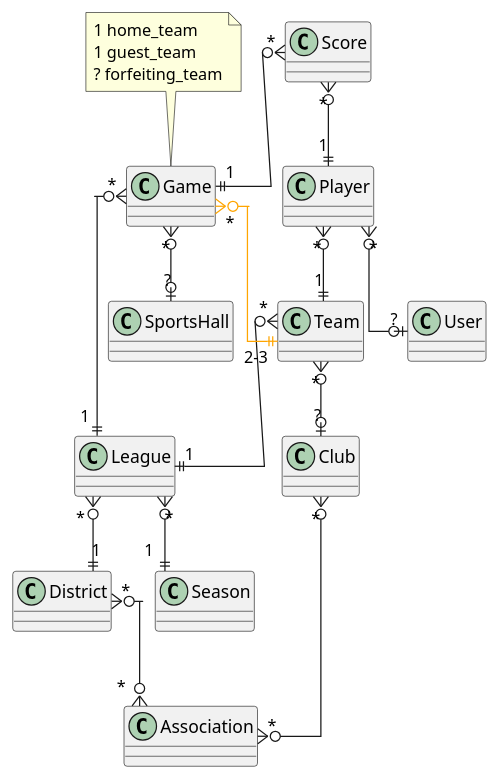
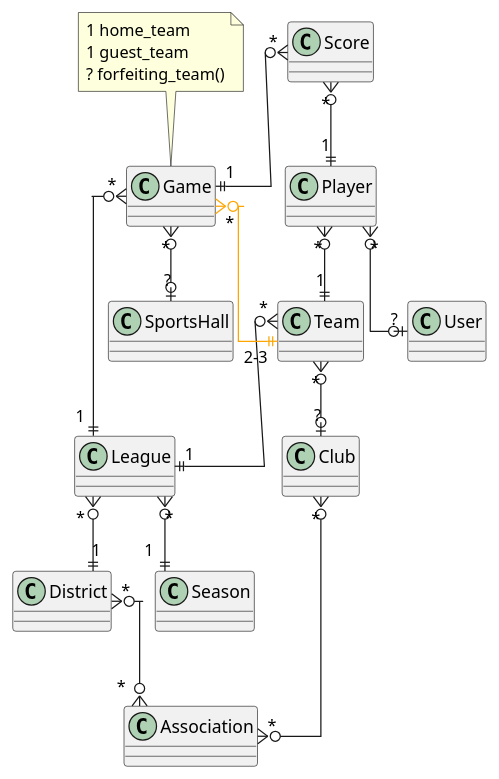
The diagram in domain_model.puml (djbrown/hbscorez), drawn with PlantUML before and after one commit. The commit also changed 7 other files, not shown here.

```diff
--- a/domain_model.puml
+++ b/domain_model.puml
@@ -1,23 +1,23 @@
 @startuml
     skinparam linetype ortho
 
     Club      "*"  }o--o{  "*"    Association
     District  "*"  }o--o{  "*"    Association
     League    "*"  }o--||  "1"    District
     League    "*"  }o--||  "1"    Season
     Team      "*"  }o--o|  "?"    Club
     Team      "*"  }o--||  "1"    League
     Game      "*"  }o--||  "1"    League
     Game      "*"  }o--o|  "?"    SportsHall
     Game      "*"  }o--||  "2-3"  Team #orange
     Player    "*"  }o--o|  "?"    User
     Player    "*"  }o--||  "1"    Team
     Score     "*"  }o--||  "1"    Player
     Score     "*"  }o--||  "1"    Game
 
     note top of Game
       1 home_team
       1 guest_team
-      ? forfeiting_team
+      ? forfeiting_team()
     end note
 @enduml
```
